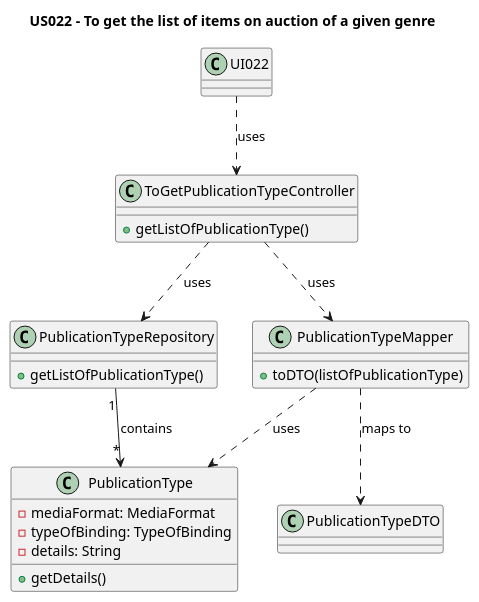
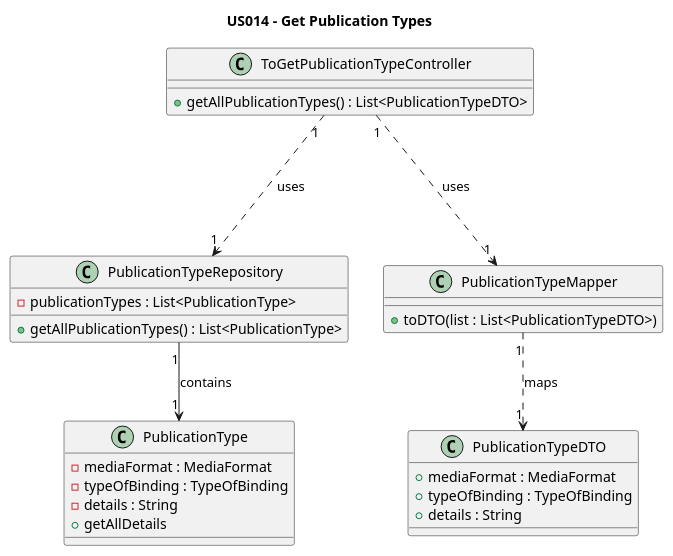
Before and after one commit to AndrePereiraGitH/SWitCH-Project-Team_A: the diagram in Diagrams/ClassDiagrams/US014-to-get-publitaction-type-list.puml, drawn with PlantUML. The commit also changed 11 other files, not shown here.

```diff
--- a/Diagrams/ClassDiagrams/US014-to-get-publitaction-type-list.puml
+++ b/Diagrams/ClassDiagrams/US014-to-get-publitaction-type-list.puml
@@ -1,42 +1,34 @@
 @startuml
-title US022 - To get the list of items on auction of a given genre
+title US014 - Get Publication Types
 
-class UI022 {
-
-}
-
-class ToGetPublicationTypeController{
-  +getListOfPublicationType()
+class ToGetPublicationTypeController {
+    +getAllPublicationTypes() : List<PublicationTypeDTO>
 }
 
 class PublicationTypeRepository {
-  +getListOfPublicationType()
+    -publicationTypes : List<PublicationType>
+    +getAllPublicationTypes() : List<PublicationType>
+}
+
+class PublicationTypeMapper {
+    +toDTO(list : List<PublicationTypeDTO>)
+}
+
+class PublicationTypeDTO {
+    +mediaFormat : MediaFormat
+    +typeOfBinding : TypeOfBinding
+    +details : String
 }
 
 class PublicationType {
-    -mediaFormat: MediaFormat
-    -typeOfBinding: TypeOfBinding
-    -details: String
-    +getDetails()
+    -mediaFormat : MediaFormat
+    -typeOfBinding : TypeOfBinding
+    -details : String
+    +getAllDetails
 }
 
-class PublicationTypeMapper {
-  +toDTO(listOfPublicationType)
-}
-
-class PublicationTypeDTO {
-}
-
-' --- Interactions ---
-
-UI022 ..> ToGetPublicationTypeController : uses
-ToGetPublicationTypeController ..> PublicationTypeRepository : uses
-ToGetPublicationTypeController ..> PublicationTypeMapper : uses
-PublicationTypeMapper ..> PublicationTypeDTO : maps to
-PublicationTypeMapper ..> PublicationType : uses
-PublicationTypeRepository "1" --> "*" PublicationType : contains
-
-
-
-
+ToGetPublicationTypeController "1" -.-> "1" PublicationTypeRepository : uses
+ToGetPublicationTypeController "1" -.-> "1" PublicationTypeMapper : uses
+PublicationTypeMapper "1" -.> "1" PublicationTypeDTO : maps
+PublicationTypeRepository "1" --> "1" PublicationType : contains
 @enduml
```
